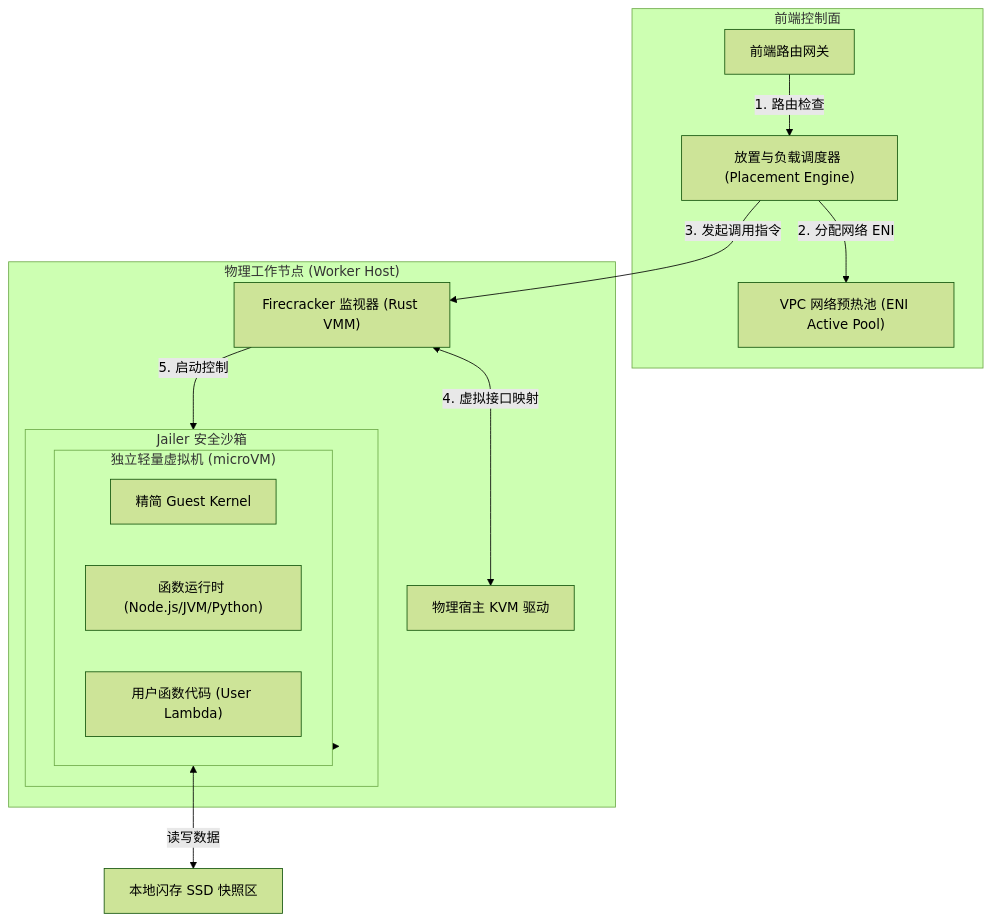
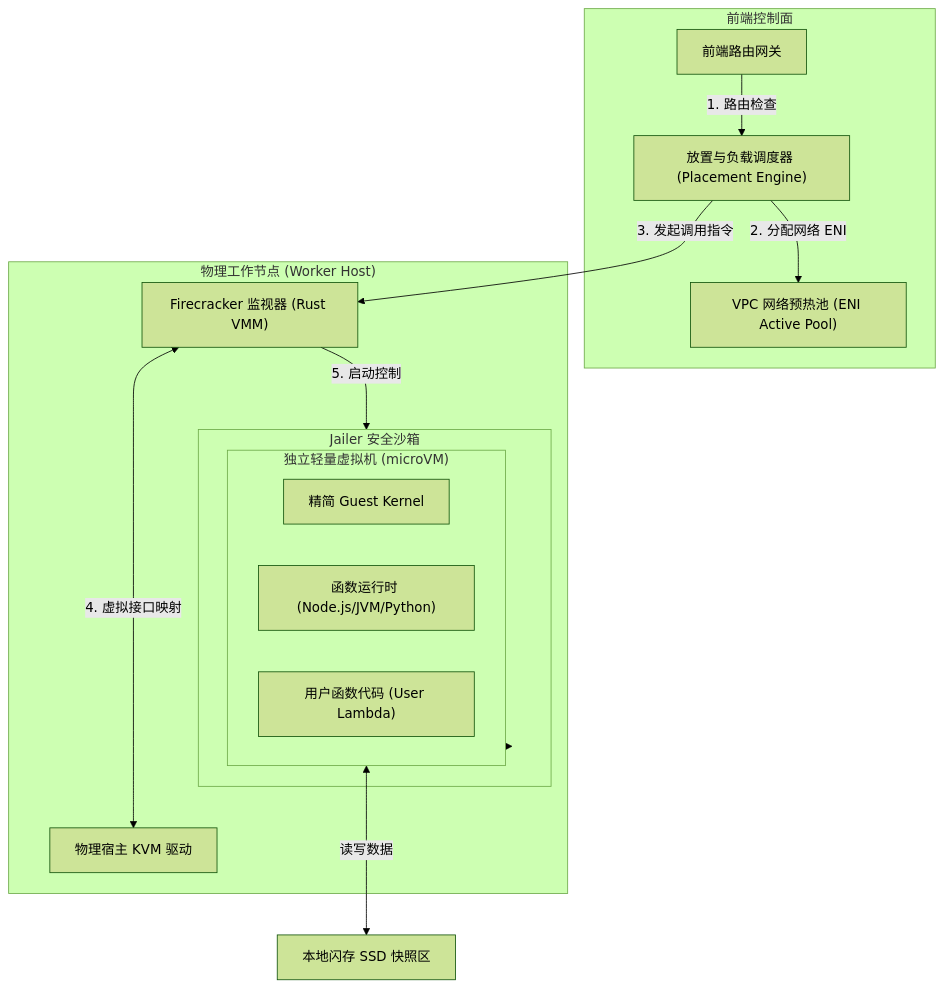
The third of 6 diagrams in docs/atlas/aws-lambda.mdx (koosai/AI-Architect-Learning), drawn with Mermaid (forest theme) before and after one commit. The commit also changed 68 other files, not shown here.

Commit message:
fix(atlas): fix browser client-side Mermaid rendering for mindmaps and flowcharts across 67 case studies

````diff
--- a/docs/atlas/aws-lambda.mdx
+++ b/docs/atlas/aws-lambda.mdx
@@ -103,28 +103,28 @@
 ```mermaid
 graph TB
   subgraph CloudGateway["前端控制面"]
     FrontGate["前端路由网关"]
     Placement["放置与负载调度器 (Placement Engine)"]
     ENIPool["VPC 网络预热池 (ENI Active Pool)"]
   end
 
   subgraph WorkerNode["物理工作节点 (Worker Host)"]
     MicroVMM["Firecracker 监视器 (Rust VMM)"]
     subgraph JailerSandbox["Jailer 安全沙箱"]
       subgraph MicroVM["独立轻量虚拟机 (microVM)"]
         LinuxKernel["精简 Guest Kernel"]
         Runtime["函数运行时 (Node.js/JVM/Python)"]
         UserFunc["用户函数代码 (User Lambda)"]
       end
     end
     KVMDriver["物理宿主 KVM 驱动"]
   end
 
   FrontGate -->|1. 路由检查| Placement
   Placement -->|2. 分配网络 ENI| ENIPool
   Placement -->|3. 发起调用指令| MicroVMM
-  MicroVMM <-->|4. 虚拟接口映射| KVMDriver
+  MicroVMM <--->|4. 虚拟接口映射| KVMDriver
   MicroVMM -->|5. 启动控制| JailerSandbox
   JailerSandbox --> MicroVM
-  MicroVM <-->|读写数据| SnapshotStorage["本地闪存 SSD 快照区"]
+  MicroVM <--->|读写数据| SnapshotStorage["本地闪存 SSD 快照区"]
 ```
````
